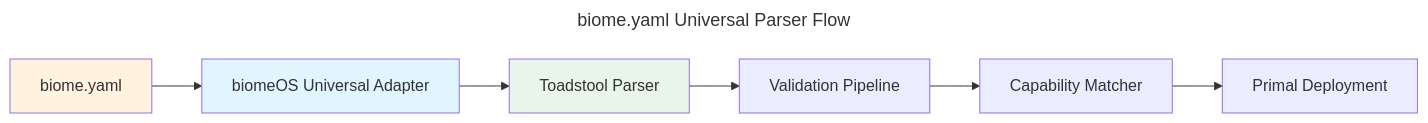
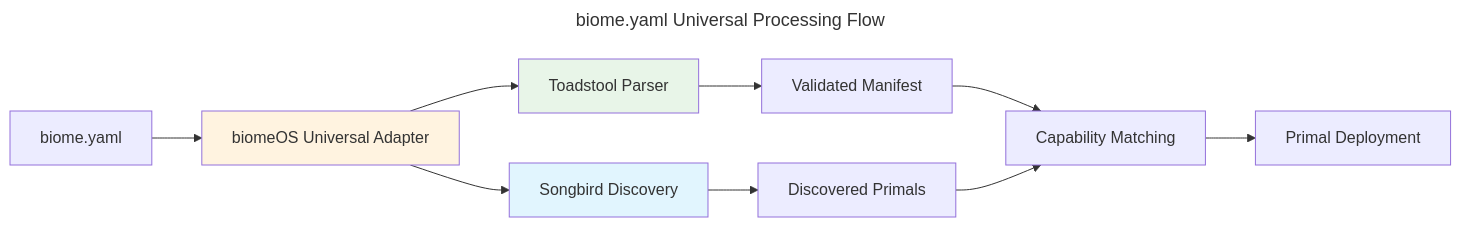
The diagram in specs/BIOME_YAML_SPECIFICATION.md (ecoPrimals/biomeOS), drawn with Mermaid before and after one commit. The commit also changed other lines of this file and 58 other files, not shown here.

````diff
--- a/specs/BIOME_YAML_SPECIFICATION.md
+++ b/specs/BIOME_YAML_SPECIFICATION.md
@@ -13,15 +13,18 @@
 ```mermaid
 ---
-title: biome.yaml Universal Parser Flow
+title: biome.yaml Universal Processing Flow
 ---
 graph LR
     A[biome.yaml] --> B[biomeOS Universal Adapter]
     B --> C[Toadstool Parser]
-    C --> D[Validation Pipeline]
-    D --> E[Capability Matcher]
-    E --> F[Primal Deployment]
+    B --> D[Songbird Discovery]
+    C --> E[Validated Manifest]
+    D --> F[Discovered Primals]
+    E --> G[Capability Matching]
+    F --> G
+    G --> H[Primal Deployment]
     
     style C fill:#e8f5e8
-    style B fill:#e1f5fe
-    style A fill:#fff3e0
+    style D fill:#e1f5fe
+    style B fill:#fff3e0
 ```
````
